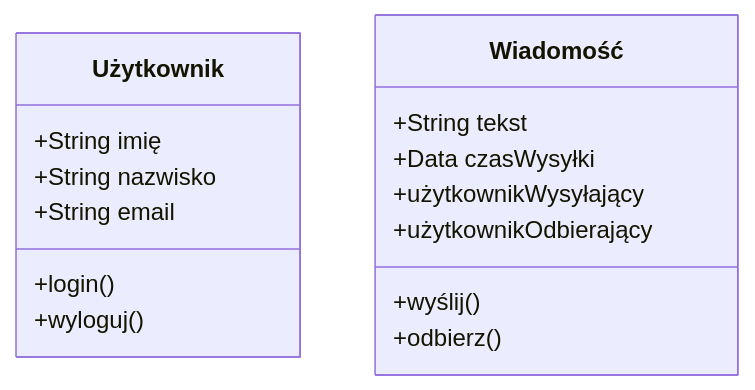
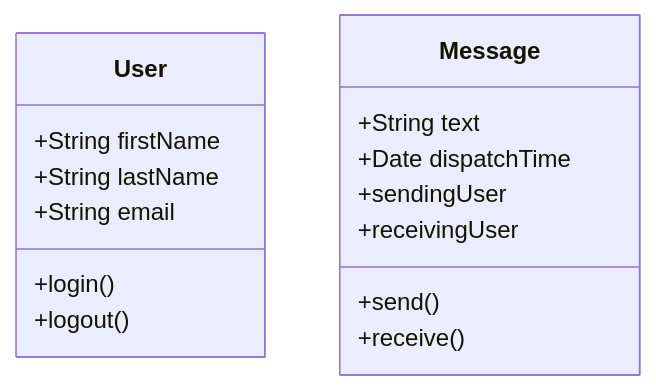
Before and after one commit to Korius668/ChatApp: the second of 3 diagrams in README.md, drawn with Mermaid. The commit also changed other lines of this file, not shown here.

Commit message:
Update README.md with revised project definition and diagrams

````diff
--- a/README.md
+++ b/README.md
@@ -54,18 +62,18 @@
 ```mermaid
 classDiagram
-    class Użytkownik {
-        +String imię
-        +String nazwisko
+    class User {
+        +String firstName
+        +String lastName
         +String email
         +login()
-        +wyloguj()
+        +logout()
     }
-    class Wiadomość {
-        +String tekst
-        +Data czasWysyłki
-        +użytkownikWysyłający
-        +użytkownikOdbierający
-        +wyślij()
-        +odbierz()
+    class Message {
+        +String text
+        +Date dispatchTime
+        +sendingUser
+        +receivingUser
+        +send()
+        +receive()
     }
 ```
````
